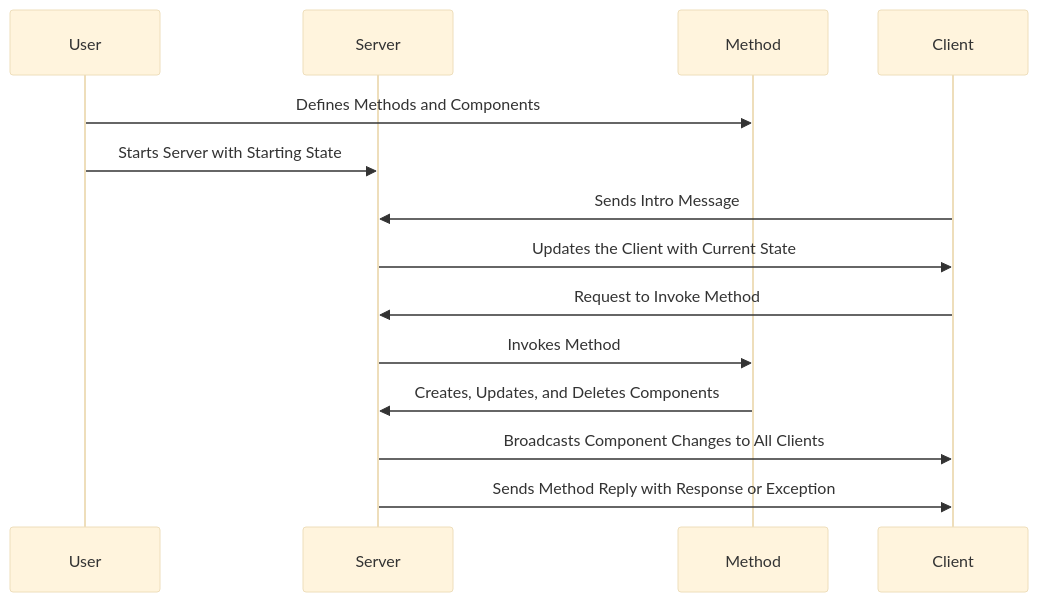
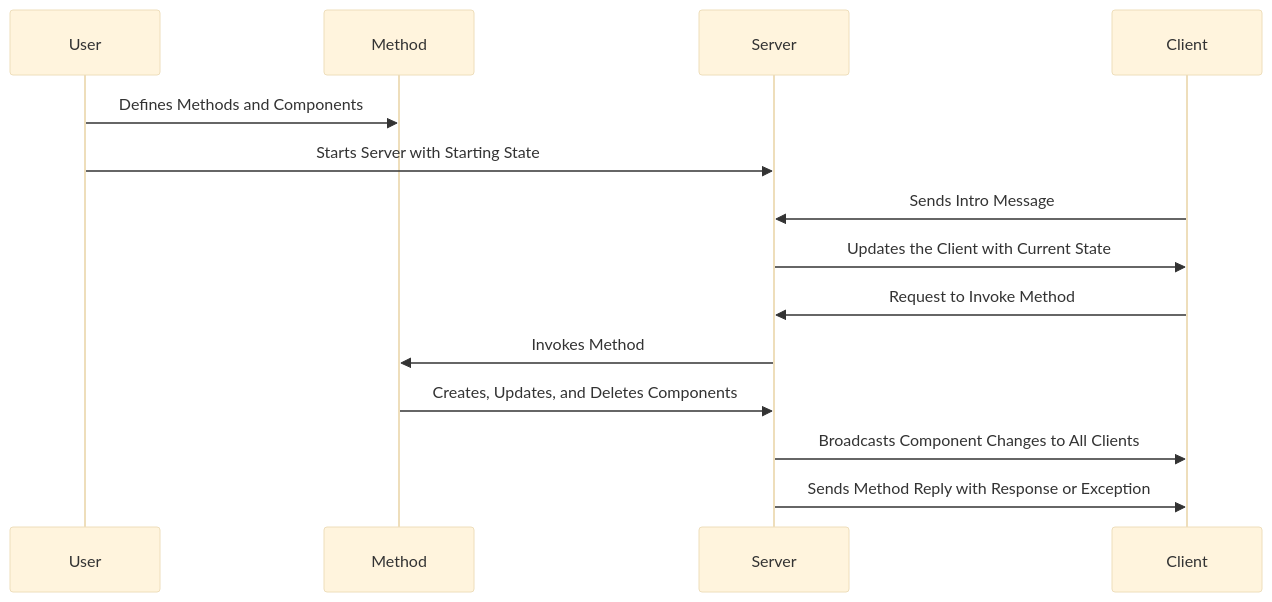
The diagram in README.md (InsightCenterNoodles/Rigatoni), drawn with Mermaid (base theme) before and after one commit. The commit also changed other lines of this file, not shown here.

````diff
--- a/README.md
+++ b/README.md
@@ -11,16 +11,16 @@
 ```mermaid
 sequenceDiagram
     participant User
+    participant Method
     participant Server
-    participant Method
     participant Client
     User->>Method: Defines Methods and Components
     User->>Server: Starts Server with Starting State
     Client->>Server: Sends Intro Message
     Server->>Client: Updates the Client with Current State
     Client->>Server: Request to Invoke Method
     Server->>Method: Invokes Method
     Method->>Server: Creates, Updates, and Deletes Components
     Server->>Client: Broadcasts Component Changes to All Clients
     Server->>Client: Sends Method Reply with Response or Exception
 ```
````
